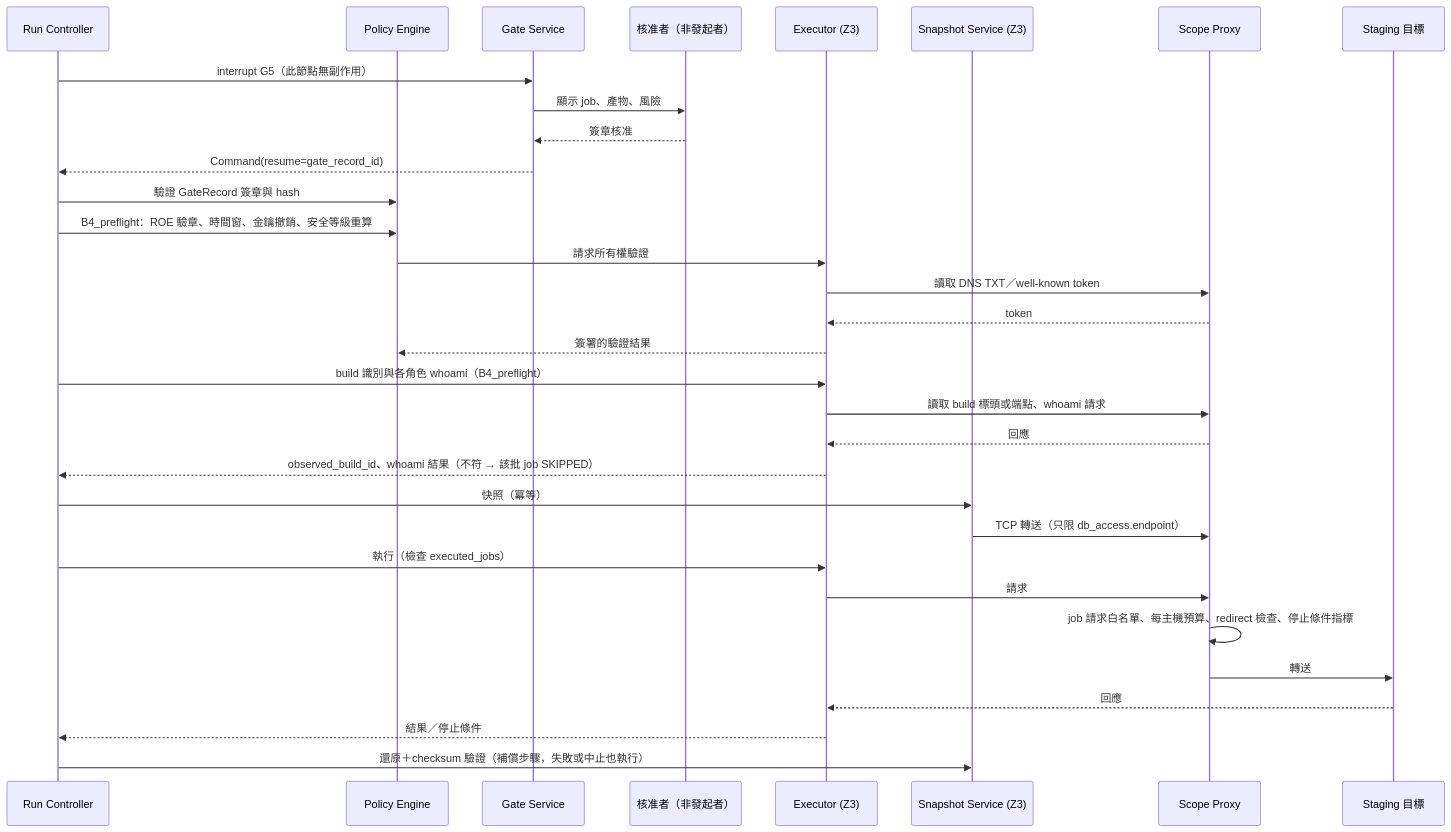
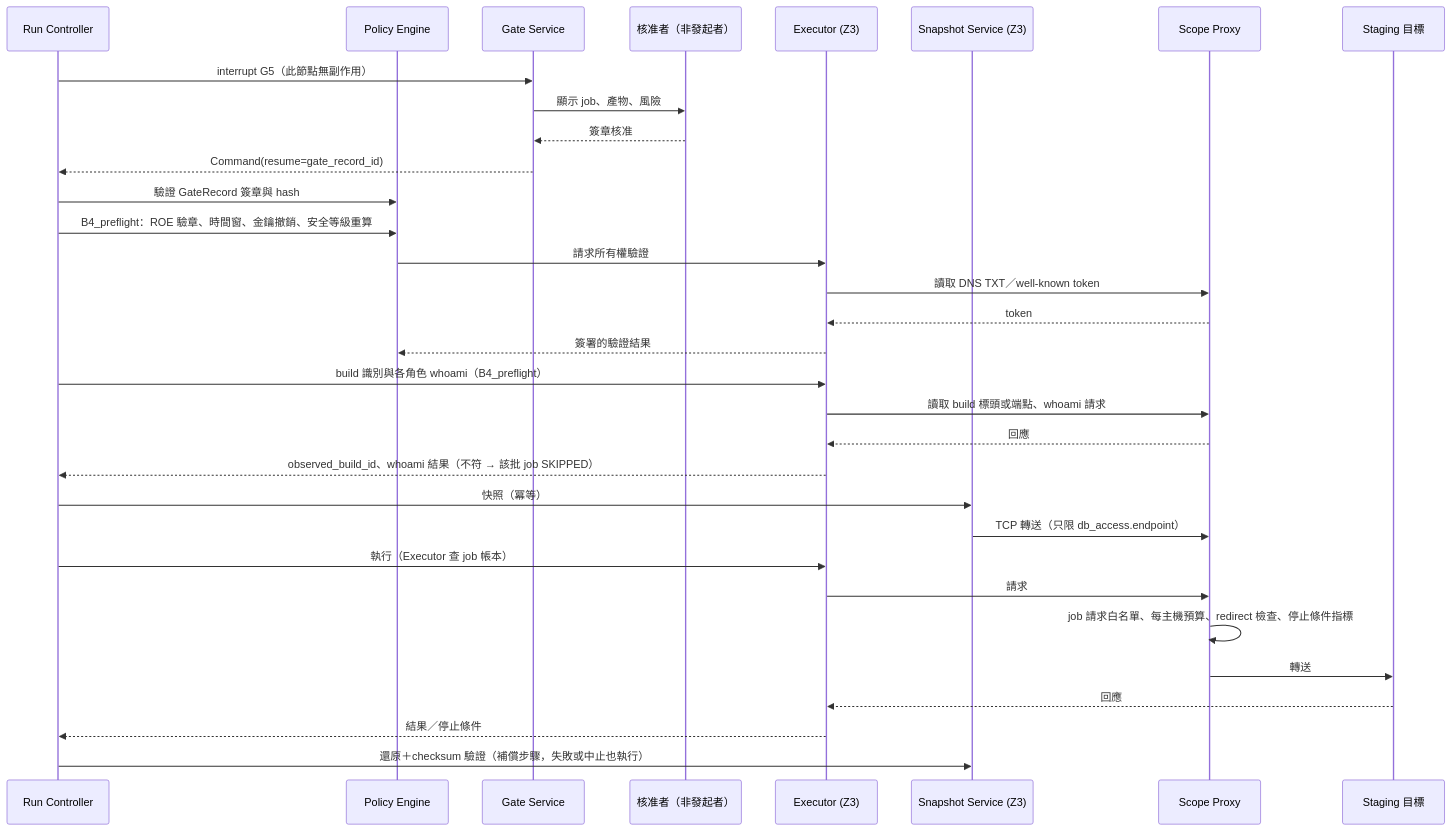
One commit to chinchiang/VibeCheckHarness changed the tenth of 11 diagrams in docs/03-system-architecture.md. Above: the diagram before and after it, drawn with Mermaid. The commit also changed other lines of this file and 25 other files, not shown here.

````diff
--- a/docs/03-system-architecture.md
+++ b/docs/03-system-architecture.md
@@ -1416,34 +1417,34 @@
 ```mermaid
 sequenceDiagram
   participant RC as Run Controller
   participant PE as Policy Engine
   participant GS as Gate Service
   participant H as 核准者（非發起者）
   participant EX as Executor (Z3)
   participant SN as Snapshot Service (Z3)
   participant SP as Scope Proxy
   participant T as Staging 目標
   RC->>GS: interrupt G5（此節點無副作用）
   GS->>H: 顯示 job、產物、風險
   H-->>GS: 簽章核准
   GS-->>RC: Command(resume=gate_record_id)
   RC->>PE: 驗證 GateRecord 簽章與 hash
   RC->>PE: B4_preflight：ROE 驗章、時間窗、金鑰撤銷、安全等級重算
   PE->>EX: 請求所有權驗證
   EX->>SP: 讀取 DNS TXT／well-known token
   SP-->>EX: token
   EX-->>PE: 簽署的驗證結果
   RC->>EX: build 識別與各角色 whoami（B4_preflight）
   EX->>SP: 讀取 build 標頭或端點、whoami 請求
   SP-->>EX: 回應
   EX-->>RC: observed_build_id、whoami 結果（不符 → 該批 job SKIPPED）
   RC->>SN: 快照（冪等）
   SN->>SP: TCP 轉送（只限 db_access.endpoint）
-  RC->>EX: 執行（檢查 executed_jobs）
+  RC->>EX: 執行（Executor 查 job 帳本）
   EX->>SP: 請求
   SP->>SP: job 請求白名單、每主機預算、redirect 檢查、停止條件指標
   SP->>T: 轉送
   T-->>EX: 回應
   EX-->>RC: 結果／停止條件
   RC->>SN: 還原＋checksum 驗證（補償步驟，失敗或中止也執行）
 ```
````
